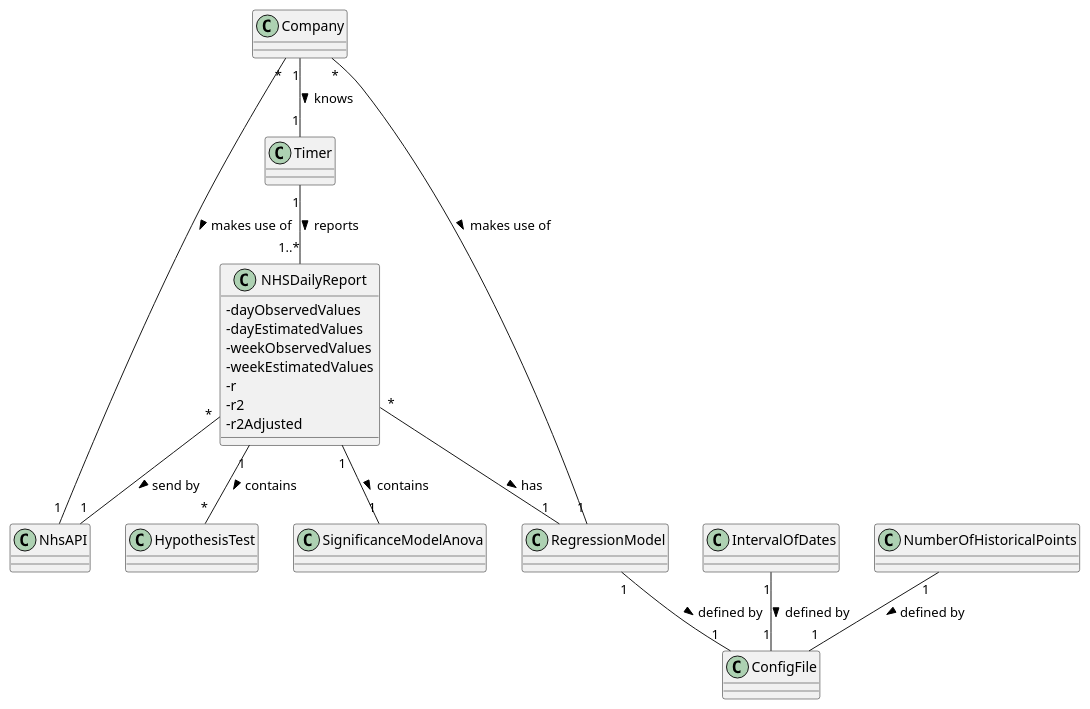
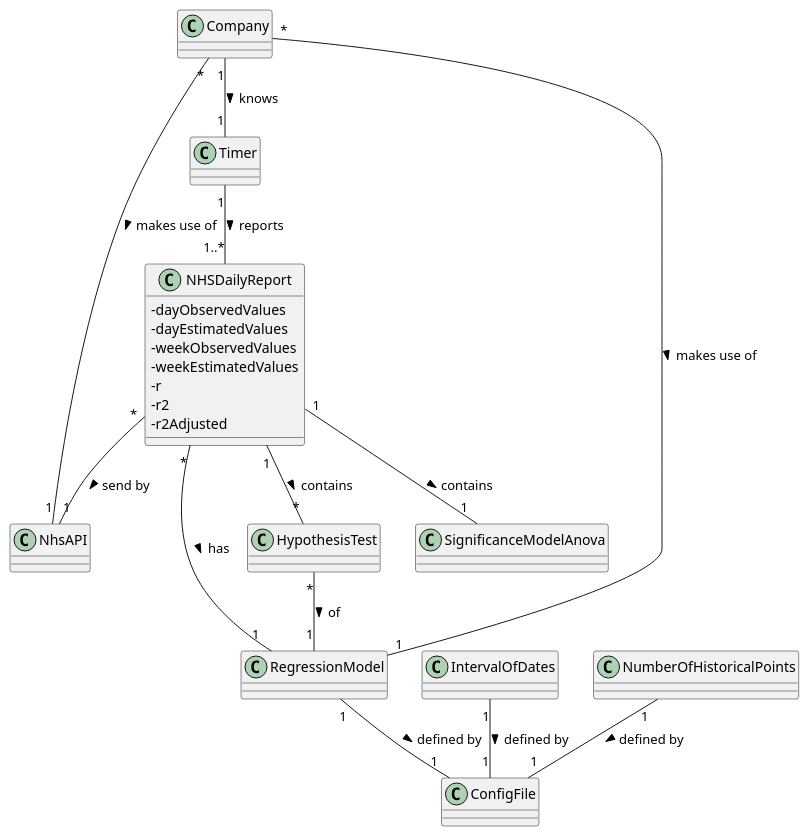
One commit to ana-albergaria/LAPR2-ISEP changed the diagram in docs/SprintD/US_19/US19_DM.puml. Above: the diagram before and after it, drawn with PlantUML. The commit also changed 10 other files, not shown here.

Commit message:
US19 - Doing Hypothesis Tests For Simple Linear Regression

```diff
--- a/docs/SprintD/US_19/US19_DM.puml
+++ b/docs/SprintD/US_19/US19_DM.puml
@@ -1,49 +1,50 @@
 @startuml
 
 skinparam classAttributeIconSize 0
 
 class Timer {}
 class NhsAPI{}
 class NHSDailyReport {
 - dayObservedValues
 - dayEstimatedValues
 - weekObservedValues
 - weekEstimatedValues
 - r
 - r2
 - r2Adjusted
 }
 
 class RegressionModel {}
 
 class ConfigFile {}
 
 'The interval of dates to fit the regression model
 class IntervalOfDates {}
 
 'Number of days and number of weeks
 class NumberOfHistoricalPoints {}
 
 'hypothesis tests for regression coefficients
 class HypothesisTest {}
 
 'significance model with Anova.
 class SignificanceModelAnova {}
 
 Timer "1" -- "1..*" NHSDailyReport : reports >
 Company "1" -- "1" Timer : knows >
 Company "*" - "1" NhsAPI : makes use of >
 NHSDailyReport "*" -- "1" NhsAPI : send by >
 NHSDailyReport "*" -- "1" RegressionModel : has >
 NHSDailyReport "1" -- "*" HypothesisTest : contains >
 NHSDailyReport "1" -- "1" SignificanceModelAnova : contains >
 Company "*" -- "1" RegressionModel : makes use of >
+HypothesisTest "*" -- "1" RegressionModel : of >
 
 'Apagar posteriormente
 RegressionModel "1" -- "1" ConfigFile : defined by >
 IntervalOfDates "1" -- "1" ConfigFile : defined by >
 NumberOfHistoricalPoints "1" -- "1" ConfigFile : defined by >
 
 
 
 @enduml
```
